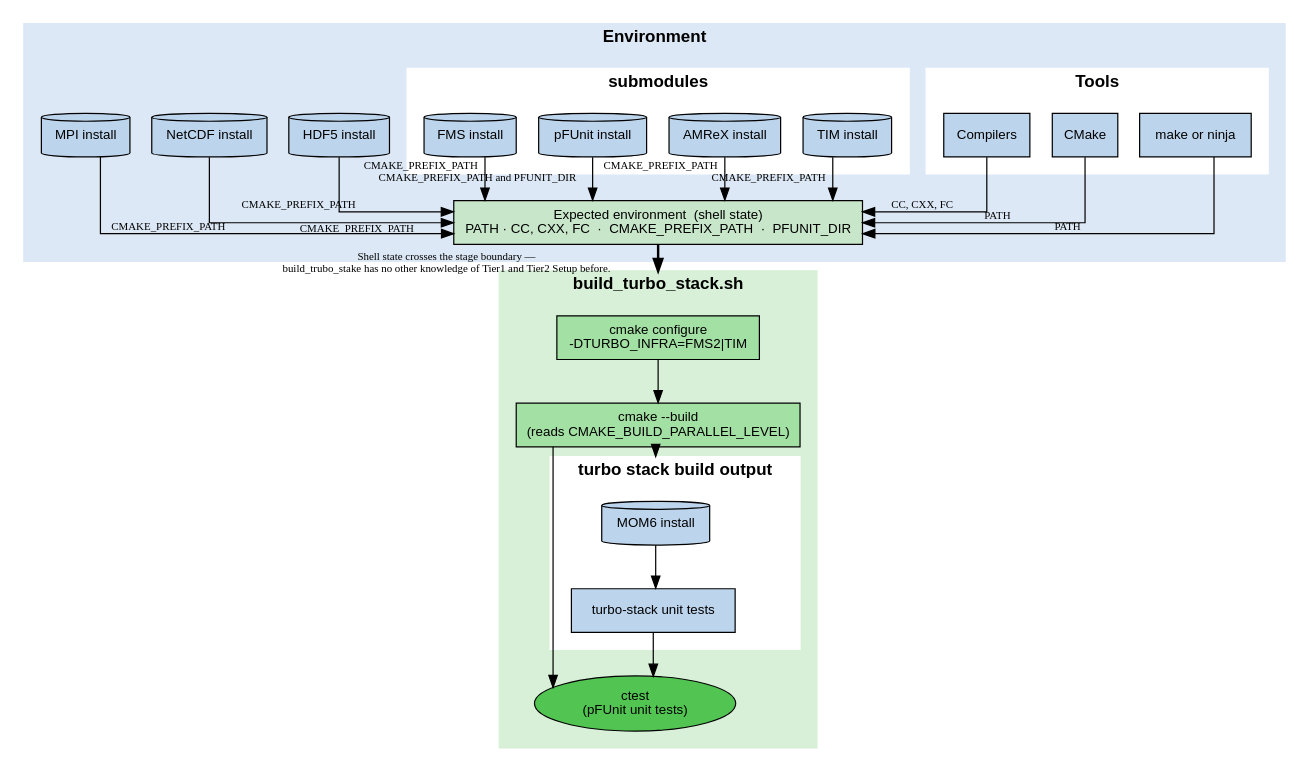
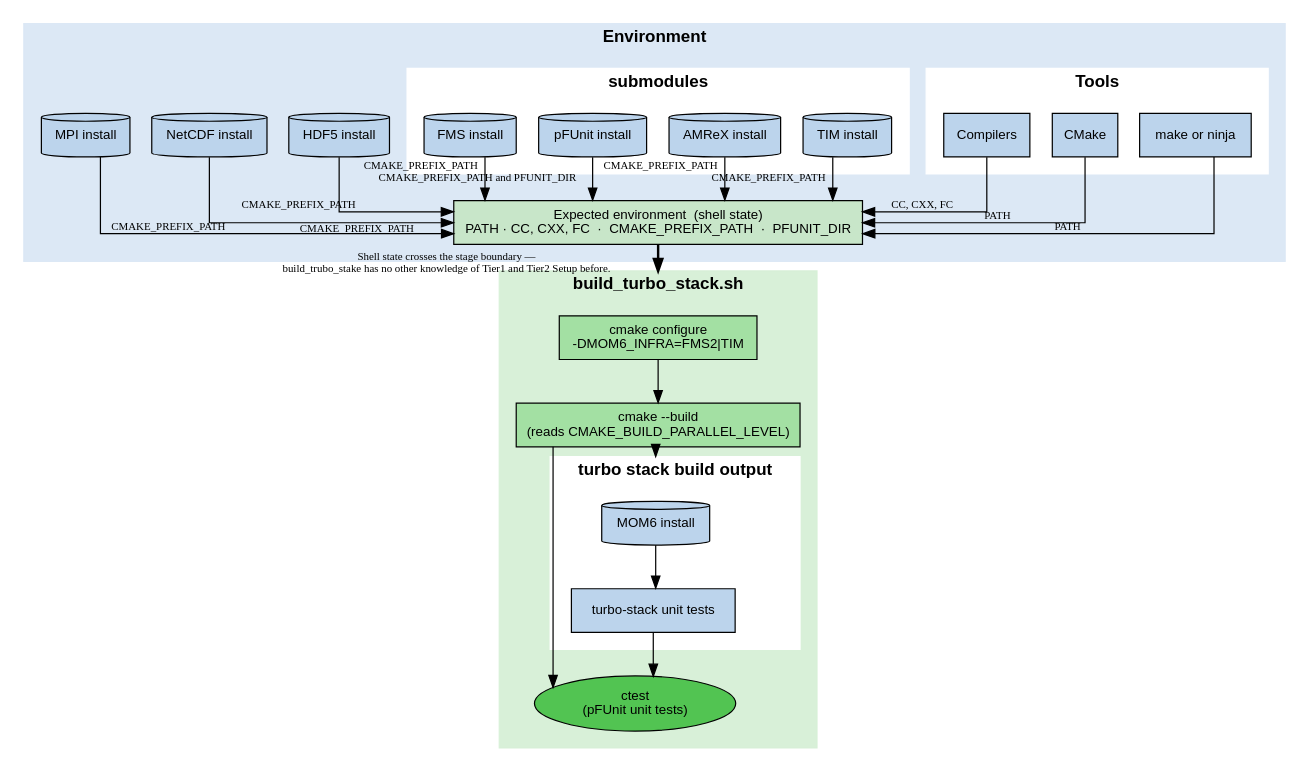
One commit to TURBO-ESM/turbo-stack changed the diagram in docs/build_turbo_stack.dot. Above: the diagram before and after it, drawn with Graphviz. The commit also changed 3 other files, not shown here.

Commit message:
Figure generation prompt update.

```diff
--- a/docs/build_turbo_stack.dot
+++ b/docs/build_turbo_stack.dot
@@ -1,117 +1,117 @@
 digraph turbo_stack_build_pipeline {
     rankdir=TB;
     compound=true;
     newrank=true;
     node [shape=box, fontname="Helvetica", fontsize=11];
     edge [fontsize=9];
     splines=ortho;
 
     // ── Stage 1 — env + deps (sourced) ───────────────────────────────────────
     subgraph cluster_stage1 {
         label="Environment";
         style=filled; color="#dce8f5"; fontname="Helvetica-Bold";
         margin=14;
         ordering=out;
 
         subgraph cluster_toolchain {
             label="Tools ";
             style=filled; color="white";
 
             compilers        [label="Compilers",
                             fillcolor="#bcd4ec", style=filled];
             cmake [label="CMake",
                             fillcolor="#bcd4ec", style=filled];
             make_or_ninja [label="make or ninja",
                             fillcolor="#bcd4ec", style=filled];
         }
 
         subgraph tier_1_packages {
                 mpi_install    [label="MPI install",    shape=cylinder, fillcolor="#bcd4ec", style=filled];
                 netcdf_install  [label="NetCDF install",  shape=cylinder, fillcolor="#bcd4ec", style=filled];
                 hdf5_install    [label="HDF5 install",    shape=cylinder, fillcolor="#bcd4ec", style=filled];
         }
 
         // Source-resolution annotation sits at the toolchain rank, beside the
         // toolchain boxes, so it doesn't widen the build_dep cluster.
         subgraph cluster_builddeps {
             label="submodules";
             style=filled; color="white";
 
             fms_install    [label="FMS install",    shape=cylinder, fillcolor="#bcd4ec", style=filled];
             pfunit_install [label="pFUnit install", shape=cylinder, fillcolor="#bcd4ec", style=filled];
             amrex_install  [label="AMReX install",  shape=cylinder, fillcolor="#bcd4ec", style=filled];
             tim_install    [label="TIM install",    shape=cylinder, fillcolor="#bcd4ec", style=filled];
         }
 
         // All nodes in same rank, left to right ordering
         { rank=same; compilers; cmake; make_or_ninja; mpi_install; netcdf_install; hdf5_install; fms_install; pfunit_install; amrex_install; tim_install; }
 
         // Invisible edges to maintain left-to-right order
         compilers -> cmake [style=invis, weight=10];
         cmake -> make_or_ninja [style=invis, weight=10];
         make_or_ninja -> mpi_install [style=invis, weight=10];
         mpi_install -> netcdf_install [style=invis, weight=10];
         netcdf_install -> hdf5_install [style=invis, weight=10];
         hdf5_install -> fms_install [style=invis, weight=10];
         fms_install -> pfunit_install [style=invis, weight=10];
         pfunit_install -> amrex_install [style=invis, weight=10];
         amrex_install -> tim_install [style=invis];
 
         stage1_outputs [label="Expected environment  (shell state)\nPATH · CC, CXX, FC  ·  CMAKE_PREFIX_PATH  ·  PFUNIT_DIR",
                         fillcolor="#c8e6c9", style=filled];
     }
 
     // Tier 1 Installs 
     mpi_install -> stage1_outputs [xlabel="CMAKE_PREFIX_PATH"];
     netcdf_install  -> stage1_outputs [xlabel="CMAKE_PREFIX_PATH"];
     hdf5_install    -> stage1_outputs [xlabel="CMAKE_PREFIX_PATH"];
 
     // Tier 2 Installs 
     fms_install    -> stage1_outputs [xlabel="CMAKE_PREFIX_PATH"];
     pfunit_install -> stage1_outputs [xlabel="CMAKE_PREFIX_PATH and PFUNIT_DIR"];
     amrex_install  -> stage1_outputs [xlabel="CMAKE_PREFIX_PATH"];
     tim_install    -> stage1_outputs [xlabel="CMAKE_PREFIX_PATH"];
 
     compilers     -> stage1_outputs [xlabel="CC, CXX, FC"];
     cmake         -> stage1_outputs [xlabel="PATH"];
     make_or_ninja -> stage1_outputs [xlabel="PATH"];
 
 
     // ── Stage 2 — build turbo-stack (exec'd) ─────────────────────────────────
     subgraph cluster_stage2 {
         label="build_turbo_stack.sh";
         style=filled; color="#d8f0d8"; fontname="Helvetica-Bold";
         margin=14;
 
-        cmake_config [label="cmake configure\n-DTURBO_INFRA=FMS2|TIM",
+        cmake_config [label="cmake configure\n-DMOM6_INFRA=FMS2|TIM",
                       fillcolor="#a3e0a3", style=filled];
         cmake_build  [label="cmake --build\n(reads CMAKE_BUILD_PARALLEL_LEVEL)",
                       fillcolor="#a3e0a3", style=filled];
         ctest_node   [label="ctest\n(pFUnit unit tests)",
                       shape=ellipse, fillcolor="#52c452", style=filled];
 
 
         subgraph cluster_turbo_stack_build_output {
             label="turbo stack build output";
             style=filled; color="white";
 
             //marbl_install         [label="MARBL install",    shape=cylinder, fillcolor="#bcd4ec", style=filled];
             mom6_install         [label="MOM6 install",    shape=cylinder, fillcolor="#bcd4ec", style=filled];
             turbo_stack_install  [label="turbo-stack unit tests",    fillcolor="#bcd4ec", style=filled];
 
             //marbl_install -> mom6_install
             mom6_install -> turbo_stack_install;
         }
 
     }
 
         cmake_config -> cmake_build;
         cmake_build  -> mom6_install [lhead=cluster_turbo_stack_build_output];
         cmake_build  -> ctest_node;
         turbo_stack_install  -> ctest_node;
 
     // ── Environment → build_turbo_stack.sh hand-off (THE central message) ─────────────────────
     stage1_outputs -> cmake_config [lhead=cluster_stage2, penwidth=2,
         xlabel="Shell state crosses the stage boundary —\nbuild_trubo_stake has no other knowledge of Tier1 and Tier2 Setup before."];
 
 }
```
